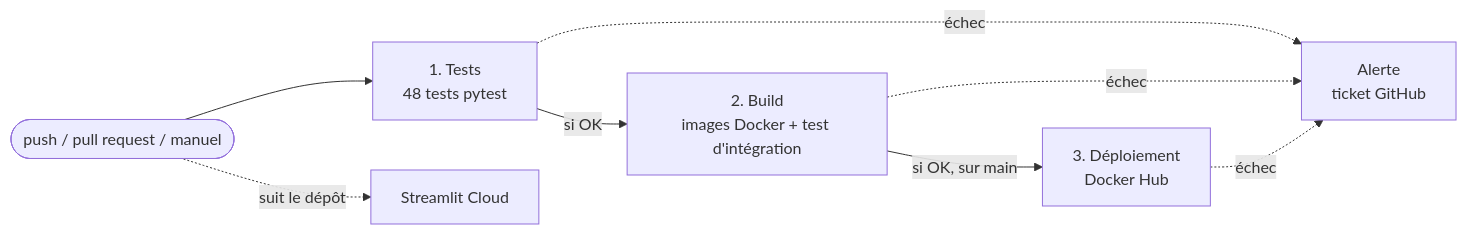
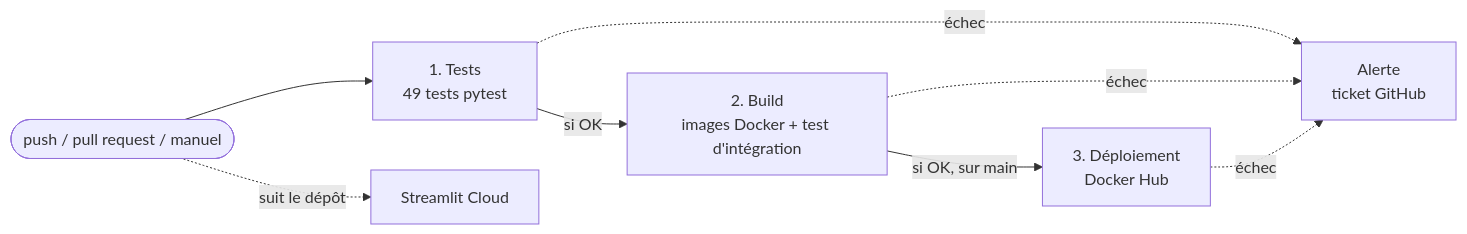
One commit to JoseBravo26/P11_agritech changed the diagram in docs/CI_CD.md. Above: the diagram before and after it, drawn with Mermaid. The commit also changed other lines of this file and 15 other files, not shown here.

````diff
--- a/docs/CI_CD.md
+++ b/docs/CI_CD.md
@@ -15,10 +15,10 @@
 ```mermaid
 flowchart LR
-    D([push / pull request / manuel]) --> T[1. Tests<br/>48 tests pytest]
+    D([push / pull request / manuel]) --> T[1. Tests<br/>49 tests pytest]
     T -- si OK --> B[2. Build<br/>images Docker + test d'intégration]
     B -- si OK, sur main --> P[3. Déploiement<br/>Docker Hub]
     T -. échec .-> A[Alerte<br/>ticket GitHub]
     B -. échec .-> A
     P -. échec .-> A
     D -. suit le dépôt .-> S[Streamlit Cloud]
 ```
````
